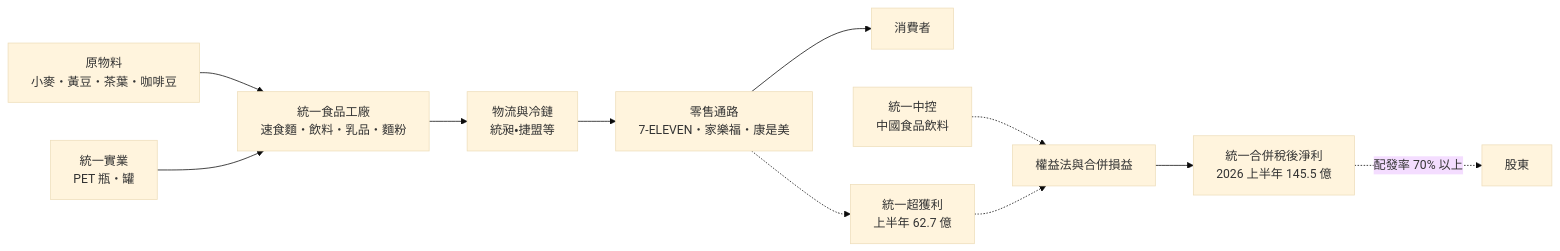
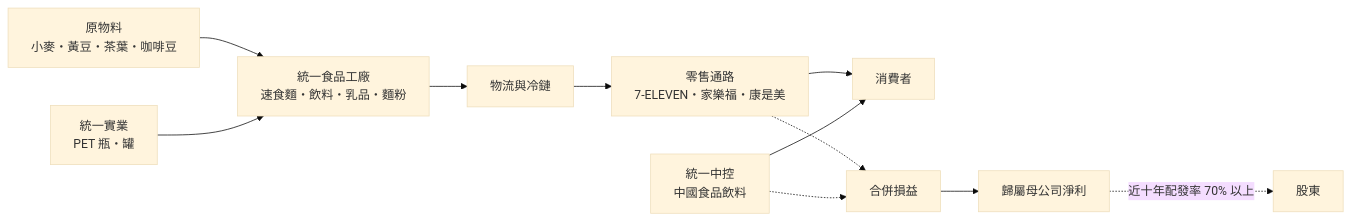
The second of 4 diagrams in 個股/台股/1216統一.md (wangnick1004/taiwan-stock-vault), drawn with Mermaid (base theme) before and after one commit. The commit also changed other lines of this file and 27 other files, not shown here.

````diff
--- a/個股/台股/1216統一.md
+++ b/個股/台股/1216統一.md
@@ -72,13 +72,13 @@
 ```mermaid
 flowchart LR
     A[原物料<br/>小麥・黃豆・茶葉・咖啡豆] --> B[統一食品工廠<br/>速食麵・飲料・乳品・麵粉]
     P[統一實業<br/>PET 瓶・罐] --> B
-    B --> C[物流與冷鏈<br/>統昶・捷盟等]
+    B --> C[物流與冷鏈]
     C --> D[零售通路<br/>7-ELEVEN・家樂福・康是美]
     D --> E[消費者]
-    D -.-> F[統一超獲利<br/>上半年 62.7 億]
-    G[統一中控<br/>中國食品飲料] -.-> H[權益法與合併損益]
-    F -.-> H
-    H --> I[統一合併稅後淨利<br/>2026 上半年 145.5 億]
-    I -. 配發率 70% 以上 .-> J[股東]
+    G[統一中控<br/>中國食品飲料] --> E
+    D -.-> H[合併損益]
+    G -.-> H
+    H --> I[歸屬母公司淨利]
+    I -. 近十年配發率 70% 以上 .-> J[股東]
 ```
````
